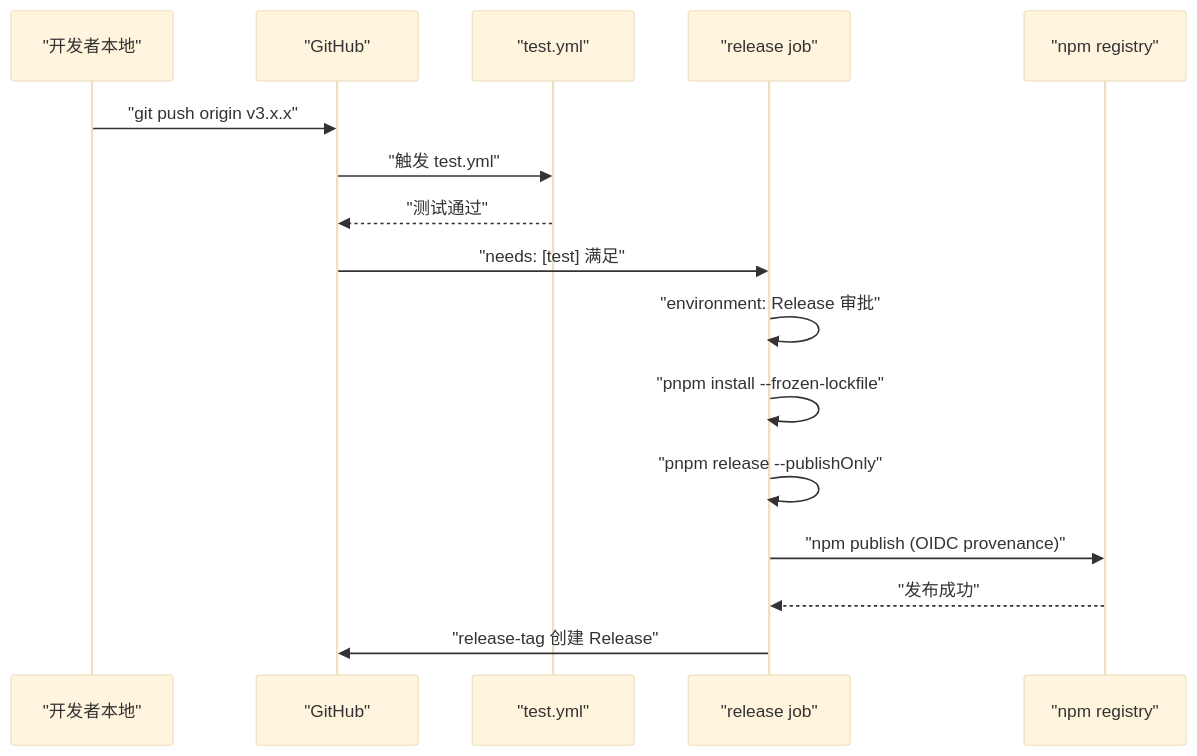
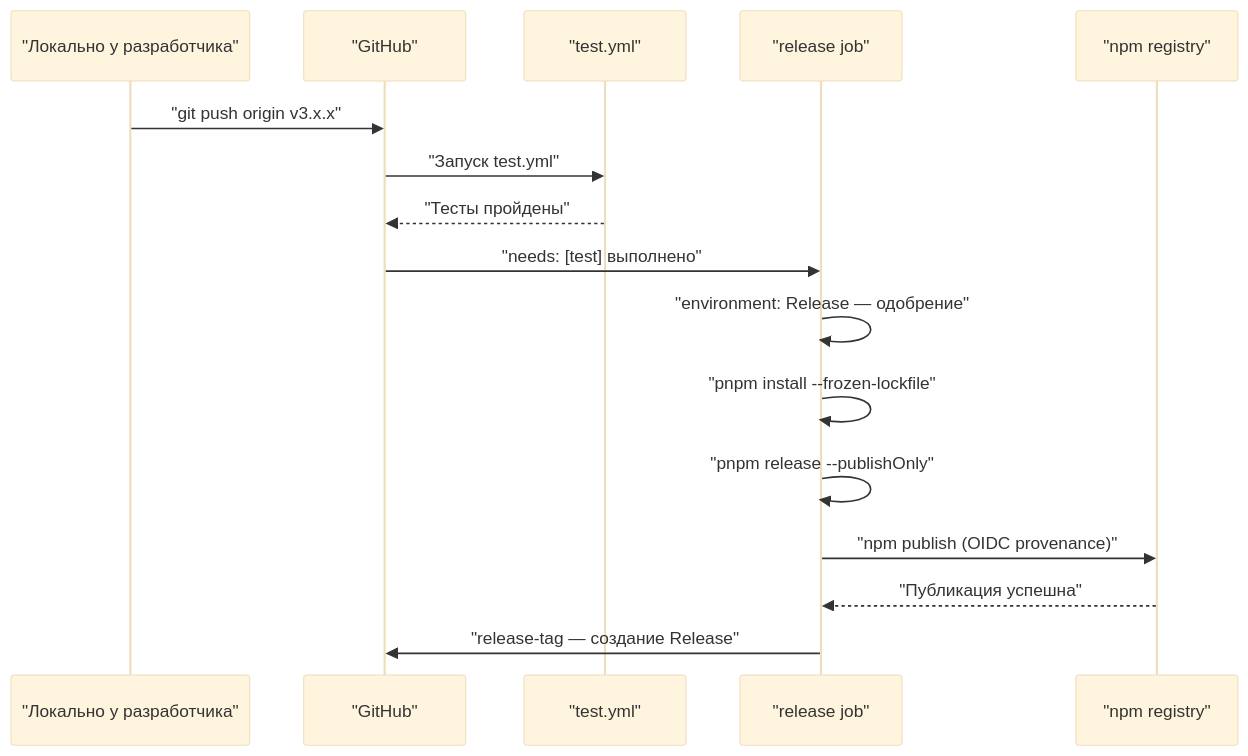
One commit to maleRjc/AiReadCodeBooks changed the second of 3 diagrams in books/vue3/ru/10-compiler-sfc-parsing.md. Above: the diagram before and after it, drawn with Mermaid (base theme). The commit also changed other lines of this file and 74 other files, not shown here.

````diff
--- a/books/vue3/ru/10-compiler-sfc-parsing.md
+++ b/books/vue3/ru/10-compiler-sfc-parsing.md
@@ -215,19 +215,19 @@
 ```mermaid
 sequenceDiagram
-    participant Dev as "开发者本地"
+    participant Dev as "Локально у разработчика"
     participant GH as "GitHub"
     participant Test as "test.yml"
     participant Rel as "release job"
     participant NPM as "npm registry"
 
     Dev->>GH: "git push origin v3.x.x"
-    GH->>Test: "触发 test.yml"
-    Test-->>GH: "测试通过"
-    GH->>Rel: "needs: [test] 满足"
-    Rel->>Rel: "environment: Release 审批"
+    GH->>Test: "Запуск test.yml"
+    Test-->>GH: "Тесты пройдены"
+    GH->>Rel: "needs: [test] выполнено"
+    Rel->>Rel: "environment: Release — одобрение"
     Rel->>Rel: "pnpm install --frozen-lockfile"
     Rel->>Rel: "pnpm release --publishOnly"
     Rel->>NPM: "npm publish (OIDC provenance)"
-    NPM-->>Rel: "发布成功"
-    Rel->>GH: "release-tag 创建 Release"
+    NPM-->>Rel: "Публикация успешна"
+    Rel->>GH: "release-tag — создание Release"
 ```
````
